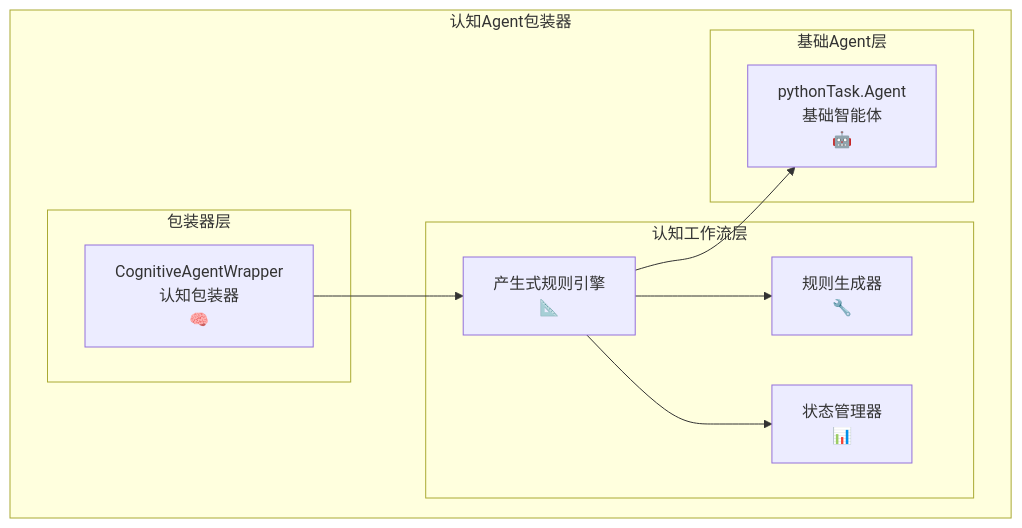
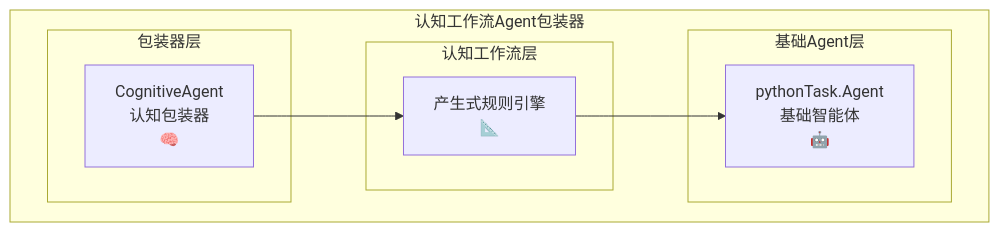
Before and after one commit to guci314/AgentFramework: the diagram in CognitiveWorkflow/cognitive_workflow_rule_base/基于产生式规则的Agent包装器.md, drawn with Mermaid. The commit also changed other lines of this file and 76 other files, not shown here.

````diff
--- a/CognitiveWorkflow/cognitive_workflow_rule_base/基于产生式规则的Agent包装器.md
+++ b/CognitiveWorkflow/cognitive_workflow_rule_base/基于产生式规则的Agent包装器.md
@@ -17,23 +13,21 @@
 ```mermaid
 graph TB
-    subgraph "认知Agent包装器"
+    subgraph "认知工作流Agent包装器"
         subgraph "包装器层"
-            CogWrapper["CognitiveAgentWrapper<br/>认知包装器<br/>🧠"]
+            CogWrapper["CognitiveAgent<br/>认知包装器<br/>🧠"]
         end
         
         subgraph "认知工作流层"
             RuleEngine["产生式规则引擎<br/>📐"]
-            RuleGen["规则生成器<br/>🔧"]
-            StateManager["状态管理器<br/>📊"]
+            
         end
         
         subgraph "基础Agent层"
-            BaseAgent["pythonTask.Agent<br/>基础智能体<br/>🤖"]
+            Agent["pythonTask.Agent<br/>基础智能体<br/>🤖"]
         end
     end
     
     CogWrapper --> RuleEngine
-    RuleEngine --> RuleGen
-    RuleEngine --> StateManager
-    RuleEngine --> BaseAgent
+    RuleEngine --> Agent
+    
 ```
````
